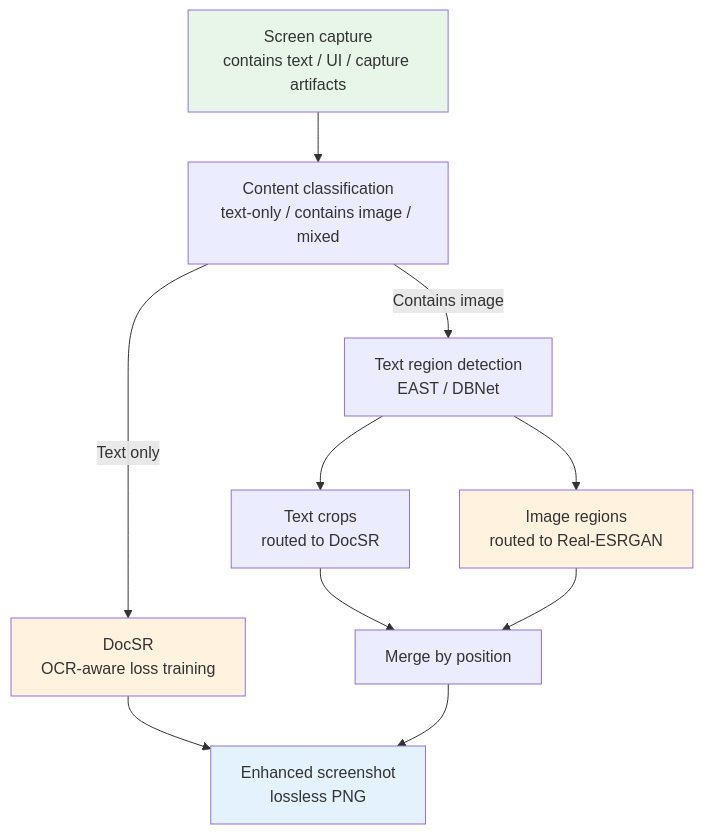
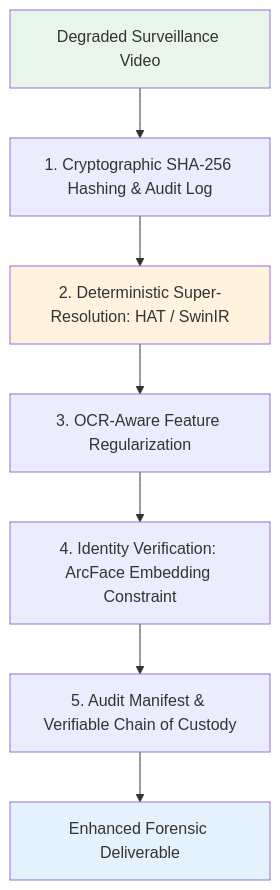
The seventh of 8 diagrams in en/chapters/16-cases.md (yingwang/image-enhancement-guide), drawn with Mermaid before and after one commit. The commit also changed other lines of this file and 18 other files, not shown here.

````diff
--- a/en/chapters/16-cases.md
+++ b/en/chapters/16-cases.md
@@ -699,17 +184,13 @@
 ```mermaid
 graph TD
-    Input[Screen capture<br/>contains text / UI / capture artifacts] --> Classify[Content classification<br/>text-only / contains image / mixed]
-    Classify -- Text only --> DocSR[DocSR<br/>OCR-aware loss training]
-    Classify -- Contains image --> Detect[Text region detection<br/>EAST / DBNet]
-    Detect --> TextCrop[Text crops<br/>routed to DocSR]
-    Detect --> ImgArea[Image regions<br/>routed to Real-ESRGAN]
-    TextCrop --> Merge[Merge by position]
-    ImgArea --> Merge
-    DocSR --> Output
-    Merge --> Output[Enhanced screenshot<br/>lossless PNG]
+    EvidenceVideo[Degraded Surveillance Video] --> Hash[1. Cryptographic SHA-256 Hashing & Audit Log]
+    Hash --> DiscrimSR[2. Deterministic Super-Resolution: HAT / SwinIR]
+    DiscrimSR --> OCRLoss[3. OCR-Aware Feature Regularization]
+    OCRLoss --> IdentityLoss[4. Identity Verification: ArcFace Embedding Constraint]
+    IdentityLoss --> LogGen[5. Audit Manifest & Verifiable Chain of Custody]
+    LogGen --> FinalEvidence[Enhanced Forensic Deliverable]
 
-    style Input fill:#e8f5e9
-    style Output fill:#e3f2fd
-    style DocSR fill:#fff3e0
-    style ImgArea fill:#fff3e0
+    style EvidenceVideo fill:#e8f5e9
+    style DiscrimSR fill:#fff3e0
+    style FinalEvidence fill:#e3f2fd
 ```
````
